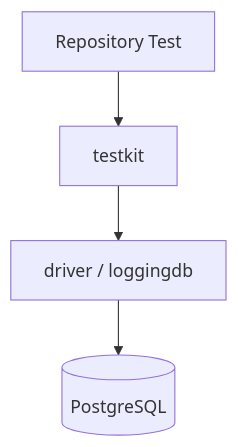
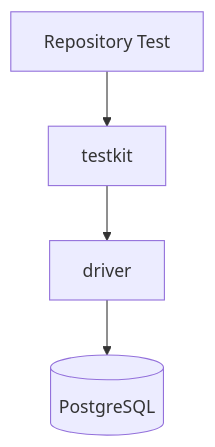
Before and after one commit to Tomy-ch/go-boilerplate: the first of 8 diagrams in internal/infrastructure/rdb/testkit/README.ja.md, drawn with Mermaid. The commit also changed other lines of this file and 15 other files, not shown here.

````diff
--- a/internal/infrastructure/rdb/testkit/README.ja.md
+++ b/internal/infrastructure/rdb/testkit/README.ja.md
@@ -31,9 +29,9 @@
 ```mermaid
 flowchart TD
     A[Repository Test]
     B[testkit]
-    C[driver / loggingdb]
+    C[driver]
     D[(PostgreSQL)]
 
     A --> B --> C --> D
 ```
````
